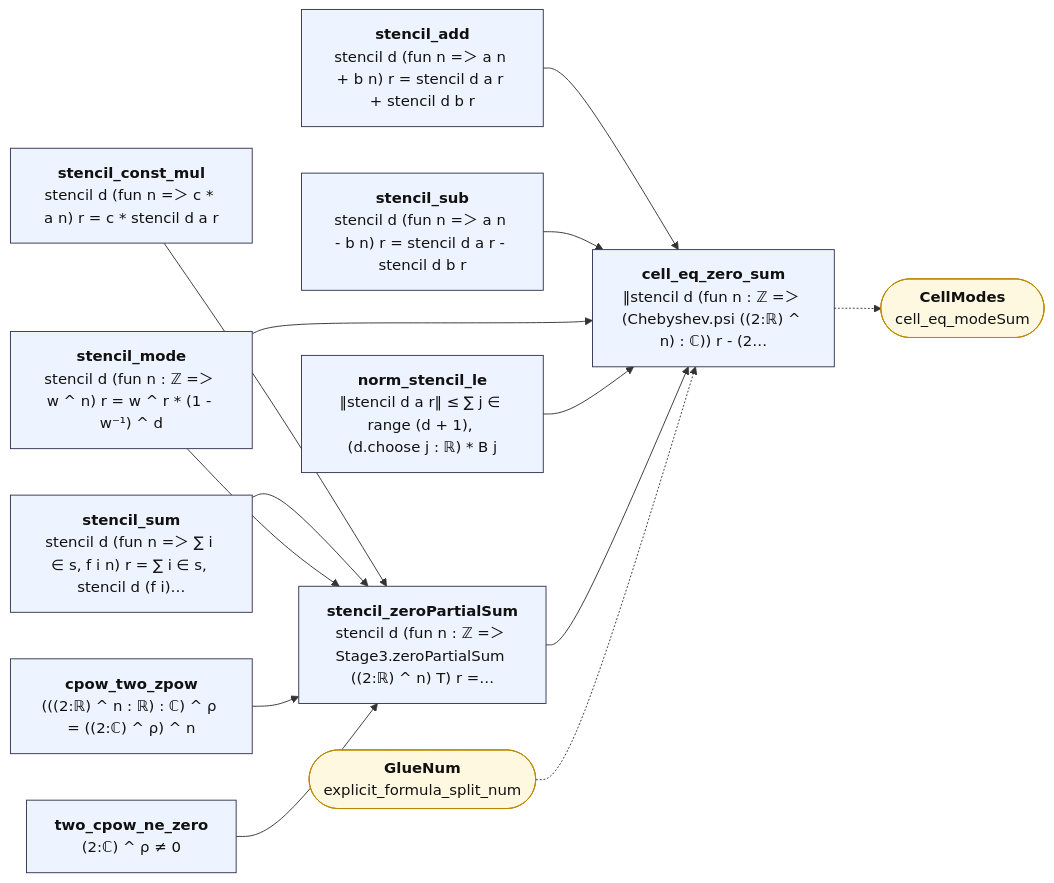
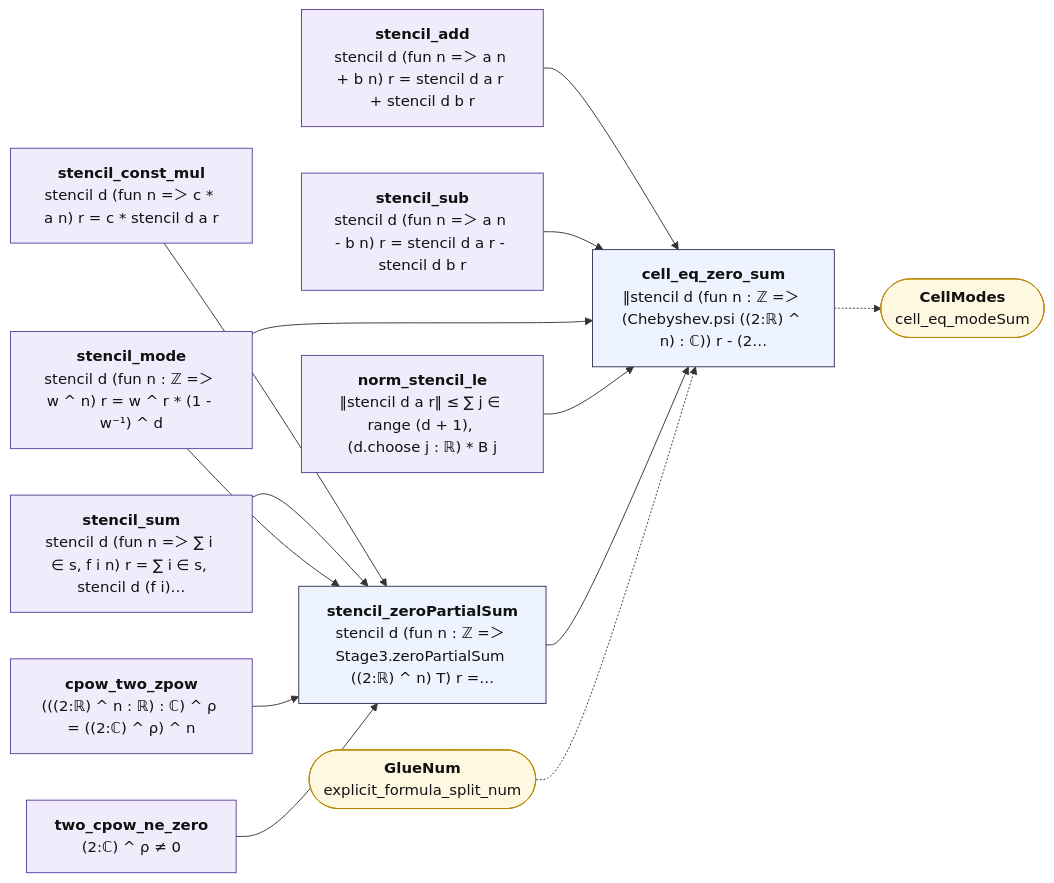
The diagram in map/lean_stage3/CellZeros.md (juliansambranojr/Primebeat_081426), drawn with Mermaid before and after one commit. The commit also changed other lines of this file and 398 other files, not shown here.

````diff
--- a/map/lean_stage3/CellZeros.md
+++ b/map/lean_stage3/CellZeros.md
@@ -12,32 +12,35 @@
 ```mermaid
 flowchart LR
-  n0["<b>stencil_add</b><br/>stencil d (fun n =＞ a n + b n) r = stencil d a r + stencil d b r"]:::thm
-  n1["<b>stencil_sub</b><br/>stencil d (fun n =＞ a n - b n) r = stencil d a r - stencil d b r"]:::thm
-  n2["<b>stencil_const_mul</b><br/>stencil d (fun n =＞ c * a n) r = c * stencil d a r"]:::thm
-  n3["<b>stencil_sum</b><br/>stencil d (fun n =＞ ∑ i ∈ s, f i n) r = ∑ i ∈ s, stencil d (f i)…"]:::thm
-  n4["<b>stencil_mode</b><br/>stencil d (fun n : ℤ =＞ w ^ n) r = w ^ r * (1 - w⁻¹) ^ d"]:::thm
-  n5["<b>norm_stencil_le</b><br/>‖stencil d a r‖ ≤ ∑ j ∈ range (d + 1), (d.choose j : ℝ) * B j"]:::thm
-  n6["<b>cpow_two_zpow</b><br/>(((2:ℝ) ^ n : ℝ) : ℂ) ^ ρ = ((2:ℂ) ^ ρ) ^ n"]:::thm
-  n7["<b>two_cpow_ne_zero</b><br/>(2:ℂ) ^ ρ ≠ 0"]:::thm
+  n0["<b>stencil_add</b><br/>stencil d (fun n =＞ a n + b n) r = stencil d a r + stencil d b r"]:::shp
+  n1["<b>stencil_sub</b><br/>stencil d (fun n =＞ a n - b n) r = stencil d a r - stencil d b r"]:::shp
+  n2["<b>stencil_const_mul</b><br/>stencil d (fun n =＞ c * a n) r = c * stencil d a r"]:::shp
+  n3["<b>stencil_sum</b><br/>stencil d (fun n =＞ ∑ i ∈ s, f i n) r = ∑ i ∈ s, stencil d (f i)…"]:::shp
+  n4["<b>stencil_mode</b><br/>stencil d (fun n : ℤ =＞ w ^ n) r = w ^ r * (1 - w⁻¹) ^ d"]:::shp
+  n5["<b>norm_stencil_le</b><br/>‖stencil d a r‖ ≤ ∑ j ∈ range (d + 1), (d.choose j : ℝ) * B j"]:::shp
+  n6["<b>cpow_two_zpow</b><br/>(((2:ℝ) ^ n : ℝ) : ℂ) ^ ρ = ((2:ℂ) ^ ρ) ^ n"]:::shp
+  n7["<b>two_cpow_ne_zero</b><br/>(2:ℂ) ^ ρ ≠ 0"]:::shp
   n8["<b>stencil_zeroPartialSum</b><br/>stencil d (fun n : ℤ =＞ Stage3.zeroPartialSum ((2:ℝ) ^ n) T) r =…"]:::thm
   n9["<b>cell_eq_zero_sum</b><br/>‖stencil d (fun n : ℤ =＞ (Chebyshev.psi ((2:ℝ) ^ n) : ℂ)) r - (2…"]:::thm
   x0(["<b>GlueNum</b><br/>explicit_formula_split_num"]):::ext
   x1(["<b>CellModes</b><br/>cell_eq_modeSum"]):::ext
   n0 --> n9
   n1 --> n9
   n2 --> n8
   n3 --> n8
   n4 --> n8
   n4 --> n9
   n5 --> n9
   n6 --> n8
   n7 --> n8
   n8 --> n9
   n9 -.-> x1
   x0 -.-> n9
+  classDef cnt fill:#dff5ec,stroke:#17694a,color:#111
+  classDef shp fill:#f1ecfb,stroke:#5b3fa0,color:#111
+  classDef rh fill:#ffe5e5,stroke:#c22,color:#111,stroke-width:2px
   classDef thm fill:#eef4ff,stroke:#335,color:#111
   classDef end_ fill:#e7f7e7,stroke:#2a7,color:#111,stroke-width:2px
   classDef lone fill:#fff,stroke:#999,color:#111,stroke-dasharray:4 3
   classDef bad fill:#ffe5e5,stroke:#c22,color:#111,stroke-width:2px
   classDef ext fill:#fff8e1,stroke:#b80,color:#111
 ```
````
